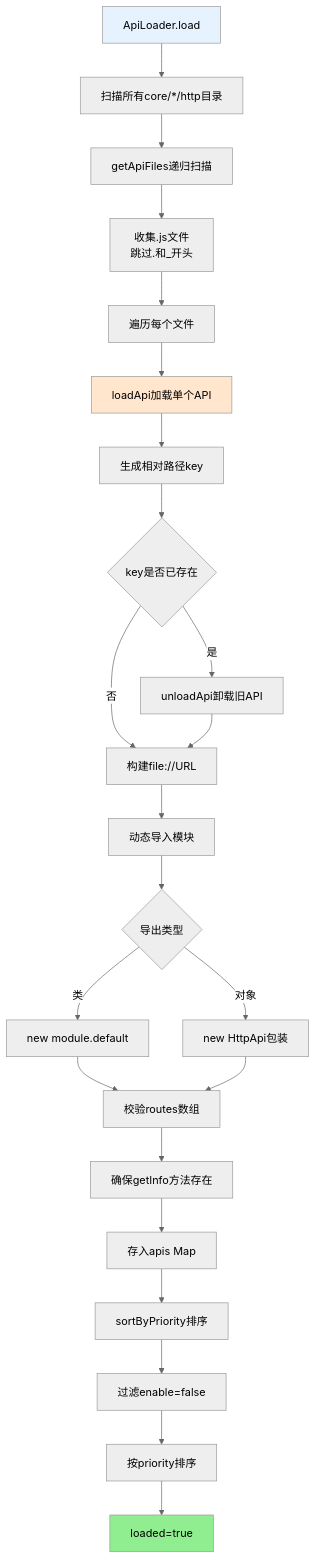
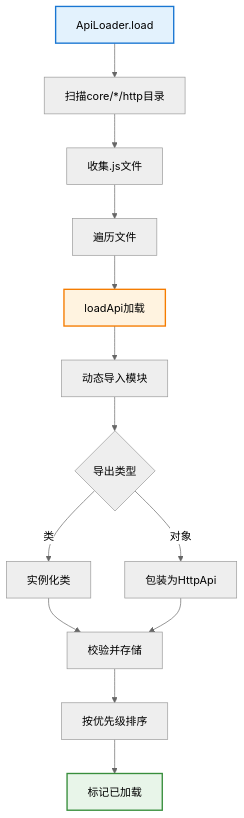
One commit to sunflowermm/XRK-AGT changed the first of 4 diagrams in docs/api-loader.md. Above: the diagram before and after it, drawn with Mermaid (neutral theme). The commit also changed other lines of this file and 19 other files, not shown here.

````diff
--- a/docs/api-loader.md
+++ b/docs/api-loader.md
@@ -38,29 +38,19 @@
 ```mermaid
 flowchart TB
-    A["ApiLoader.load"] --> B["扫描所有core/*/http目录"]
-    B --> C["getApiFiles递归扫描"]
-    C --> D["收集.js文件<br/>跳过.和_开头"]
-    D --> E["遍历每个文件"]
-    E --> F["loadApi加载单个API"]
-    F --> G["生成相对路径key"]
-    G --> H{"key是否已存在"}
-    H -->|是| I["unloadApi卸载旧API"]
-    H -->|否| J["构建file://URL"]
+    A["ApiLoader.load"] --> B["扫描core/*/http目录"]
+    B --> C["收集.js文件"]
+    C --> D["遍历文件"]
+    D --> E["loadApi加载"]
+    E --> F["动态导入模块"]
+    F --> G{"导出类型"}
+    G -->|类| H["实例化类"]
+    G -->|对象| I["包装为HttpApi"]
+    H --> J["校验并存储"]
     I --> J
-    J --> K["动态导入模块"]
-    K --> L{"导出类型"}
-    L -->|类| M["new module.default"]
-    L -->|对象| N["new HttpApi包装"]
-    M --> O["校验routes数组"]
-    N --> O
-    O --> P["确保getInfo方法存在"]
-    P --> Q["存入apis Map"]
-    Q --> R["sortByPriority排序"]
-    R --> S["过滤enable=false"]
-    S --> T["按priority排序"]
-    T --> U["loaded=true"]
+    J --> K["按优先级排序"]
+    K --> L["标记已加载"]
     
-    style A fill:#E6F3FF
-    style F fill:#FFE6CC
-    style U fill:#90EE90
+    style A fill:#E3F2FD,stroke:#1976D2,stroke-width:2px
+    style E fill:#FFF3E0,stroke:#F57C00,stroke-width:2px
+    style L fill:#E8F5E9,stroke:#388E3C,stroke-width:2px
 ```
````
